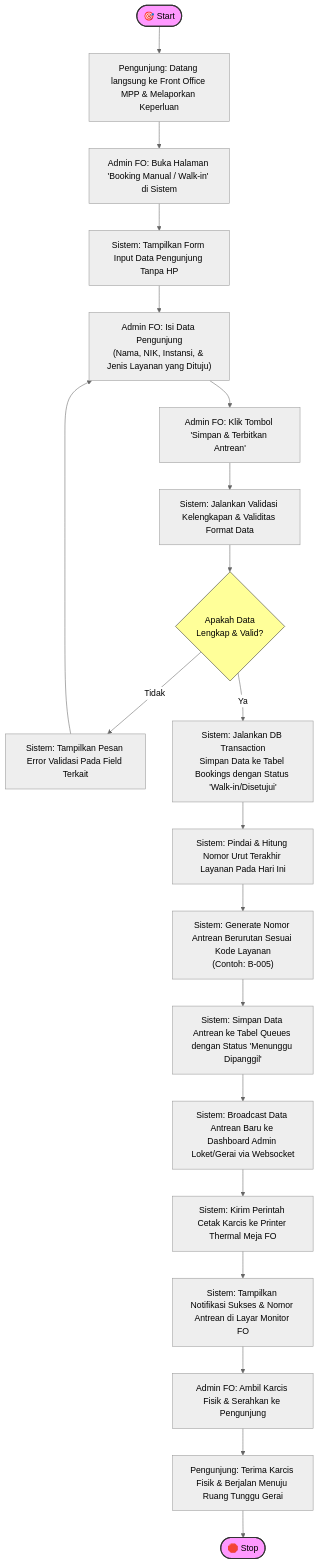
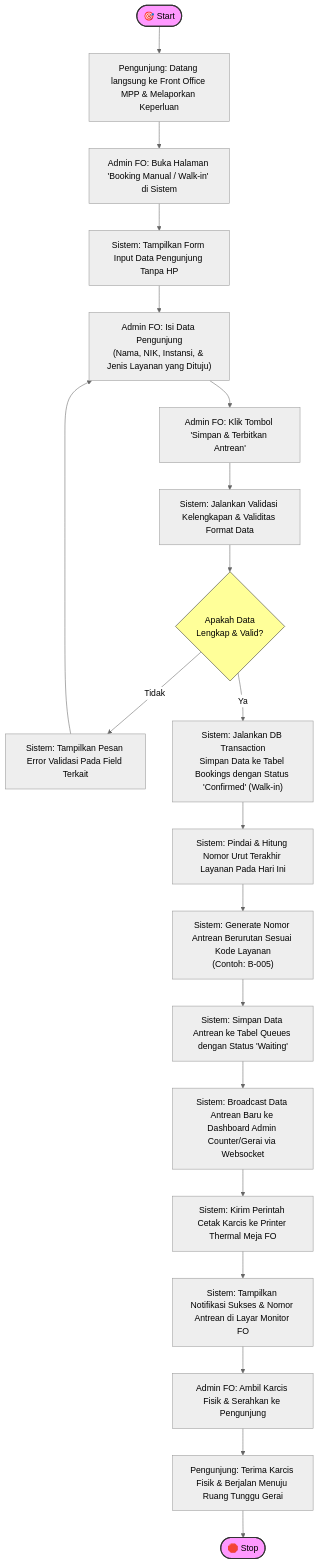
One commit to zakyrmh/pbl-spektra changed the diagram in docs/diagrams/activity-diagram/6-booking-manual-di-tempat.md. Above: the diagram before and after it, drawn with Mermaid (neutral theme). The commit also changed 12 other files, not shown here.

Commit message:
docs: refactor and sync all diagrams with production database schema and english enums

````diff
--- a/docs/diagrams/activity-diagram/6-booking-manual-di-tempat.md
+++ b/docs/diagrams/activity-diagram/6-booking-manual-di-tempat.md
@@ -1,51 +1,51 @@
 ```mermaid
 flowchart TD
     %% DEFINISI STYLE
     classDef startEnd fill:#f9f,stroke:#333,stroke-width:2px;
     classDef proses fill:#bbf,stroke:#333,stroke-width:1px;
     classDef kondisi fill:#ff9,stroke:#333,stroke-width:1px;
 
     Start([🎯 Start])
     End([🛑 Stop])
     class Start,End startEnd;
 
     %% ALUR WALK-IN
     Start --> P1["Pengunjung: Datang langsung ke Front Office MPP & Melaporkan Keperluan"]
     P1 --> FO1["Admin FO: Buka Halaman 'Booking Manual / Walk-in' di Sistem"]
 
     FO1 --> S1["Sistem: Tampilkan Form Input Data Pengunjung Tanpa HP"]
 
     %% INPUT DATA
     S1 --> FO2["Admin FO: Isi Data Pengunjung\n(Nama, NIK, Instansi, & Jenis Layanan yang Dituju)"]
     FO2 --> FO3["Admin FO: Klik Tombol 'Simpan & Terbitkan Antrean'"]
 
     %% GERBANG VALIDASI FORM (LARAVEL VALIDATION STYLE)
     FO3 --> S2["Sistem: Jalankan Validasi Kelengkapan & Validitas Format Data"]
     S2 --> Cond1{Apakah Data\nLengkap & Valid?}:::kondisi
 
     %% JALUR JIKA INPUT SALAH/NIK TIDAK VALID
     Cond1 -->|Tidak| S3["Sistem: Tampilkan Pesan Error Validasi Pada Field Terkait"]
     S3 --> FO2
 
-    %% JALUR JIKA LAYAK - EKSEKUSI ATOMIK (UC-05 DAN INCLUDED UC-06)
-    Cond1 -->|Ya| S4["Sistem: Jalankan DB Transaction\nSimpan Data ke Tabel Bookings dengan Status 'Walk-in/Disetujui'"]
+    %% JALUR JIKA LAYAK - EKSEKUSI ATOMIK
+    Cond1 -->|Ya| S4["Sistem: Jalankan DB Transaction\nSimpan Data ke Tabel Bookings dengan Status 'Confirmed' (Walk-in)"]
 
-    %% PROSES INTEGRASI UC-06 (PENERBITAN NOMOR ANTREAN)
+    %% PROSES PENERBITAN NOMOR ANTREAN
     S4 --> S5["Sistem: Pindai & Hitung Nomor Urut Terakhir Layanan Pada Hari Ini"]
     S5 --> S6["Sistem: Generate Nomor Antrean Berurutan Sesuai Kode Layanan\n(Contoh: B-005)"]
 
     %% SIMPAN DATA ANTREAN
-    S6 --> S7["Sistem: Simpan Data Antrean ke Tabel Queues dengan Status 'Menunggu Dipanggil'"]
+    S6 --> S7["Sistem: Simpan Data Antrean ke Tabel Queues dengan Status 'Waiting'"]
 
-    %% REAL-TIME BROADCAST KE GERAI LOKET
-    S7 --> S8["Sistem: Broadcast Data Antrean Baru ke Dashboard Admin Loket/Gerai via Websocket"]
+    %% REAL-TIME BROADCAST KE COUNTER GERAI
+    S7 --> S8["Sistem: Broadcast Data Antrean Baru ke Dashboard Admin Counter/Gerai via Websocket"]
 
     %% OUTPUT FISIK
     S8 --> S9["Sistem: Kirim Perintah Cetak Karcis ke Printer Thermal Meja FO"]
     S9 --> S10["Sistem: Tampilkan Notifikasi Sukses & Nomor Antrean di Layar Monitor FO"]
 
     %% AKHIR PROSES DI LAPANGAN
     S10 --> FO4["Admin FO: Ambil Karcis Fisik & Serahkan ke Pengunjung"]
     FO4 --> P2["Pengunjung: Terima Karcis Fisik & Berjalan Menuju Ruang Tunggu Gerai"]
     P2 --> End
 ```
````
